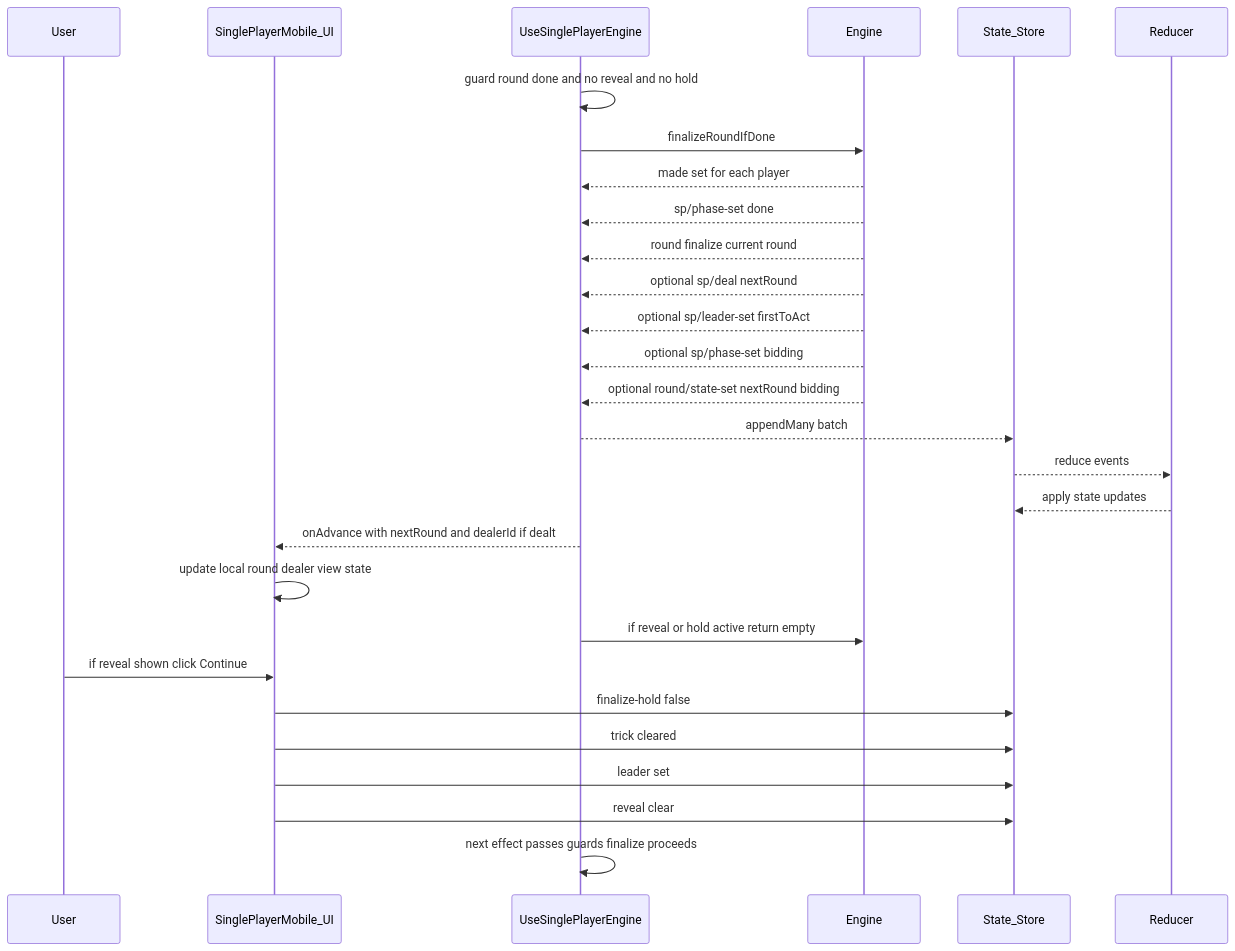
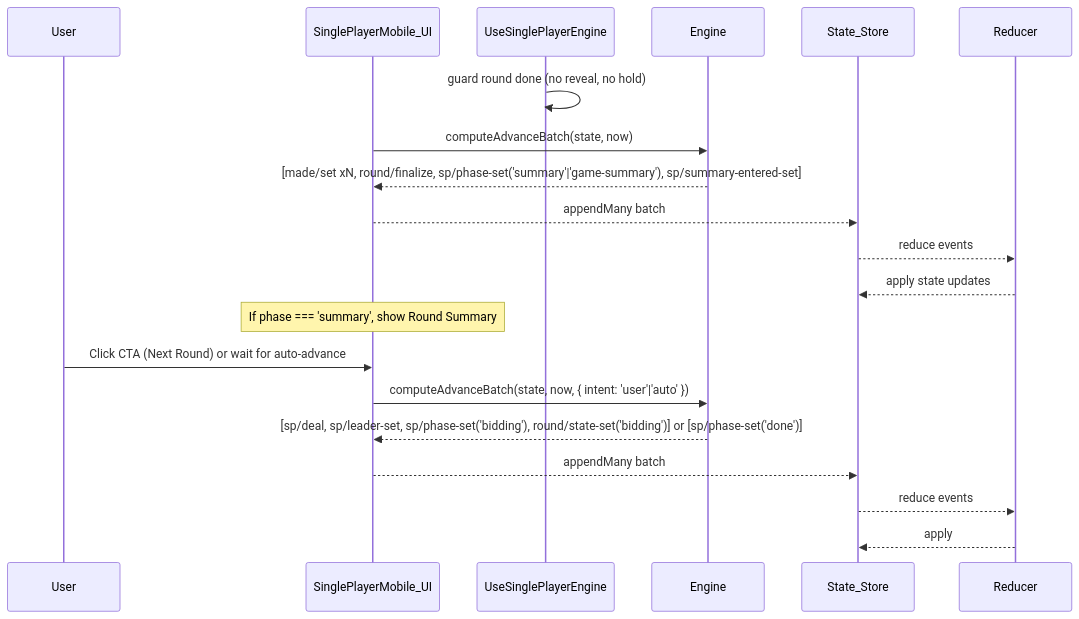
The second of 2 diagrams in END-OF-TURN-FLOW.md (MikeLockz/el-dorado-score-keeper), drawn with Mermaid before and after one commit. The commit also changed other lines of this file and 2 other files, not shown here.

Commit message:
docs: update end-of-turn flow diagrams, implementation summary, and changelog (Phase 8)

````diff
--- a/END-OF-TURN-FLOW.md
+++ b/END-OF-TURN-FLOW.md
@@ -41,30 +36,22 @@
 ```mermaid
 sequenceDiagram
   participant U as User
   participant UI as SinglePlayerMobile_UI
   participant Hook as UseSinglePlayerEngine
   participant Eng as Engine
   participant Store as State_Store
   participant Red as Reducer
-  Hook->>Hook: guard round done and no reveal and no hold
-  Hook->>Eng: finalizeRoundIfDone
-  Eng-->>Hook: made set for each player
-  Eng-->>Hook: sp/phase-set done
-  Eng-->>Hook: round finalize current round
-  Eng-->>Hook: optional sp/deal nextRound
-  Eng-->>Hook: optional sp/leader-set firstToAct
-  Eng-->>Hook: optional sp/phase-set bidding
-  Eng-->>Hook: optional round/state-set nextRound bidding
-  Hook-->>Store: appendMany batch
+  Hook->>Hook: guard round done (no reveal, no hold)
+  UI->>Eng: computeAdvanceBatch(state, now)
+  Eng-->>UI: [made/set xN, round/finalize, sp/phase-set('summary'|'game-summary'), sp/summary-entered-set]
+  UI-->>Store: appendMany batch
   Store-->>Red: reduce events
   Red-->>Store: apply state updates
-  Hook-->>UI: onAdvance with nextRound and dealerId if dealt
-  UI->>UI: update local round dealer view state
-  Hook->>Eng: if reveal or hold active return empty
-  U->>UI: if reveal shown click Continue
-  UI->>Store: finalize-hold false
-  UI->>Store: trick cleared
-  UI->>Store: leader set
-  UI->>Store: reveal clear
-  Hook->>Hook: next effect passes guards finalize proceeds
+  Note over UI: If phase === 'summary', show Round Summary
+  U->>UI: Click CTA (Next Round) or wait for auto-advance
+  UI->>Eng: computeAdvanceBatch(state, now, { intent: 'user'|'auto' })
+  Eng-->>UI: [sp/deal, sp/leader-set, sp/phase-set('bidding'), round/state-set('bidding')] or [sp/phase-set('done')]
+  UI-->>Store: appendMany batch
+  Store-->>Red: reduce events
+  Red-->>Store: apply
 ```
````
